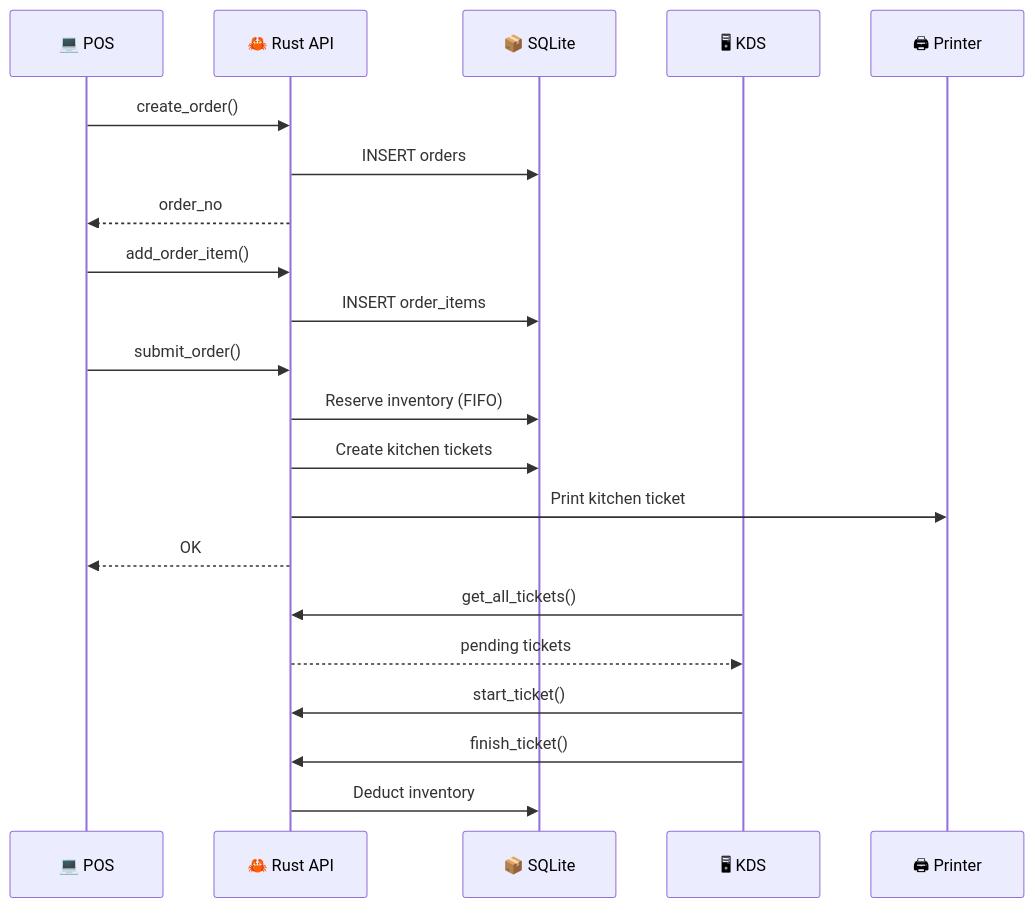
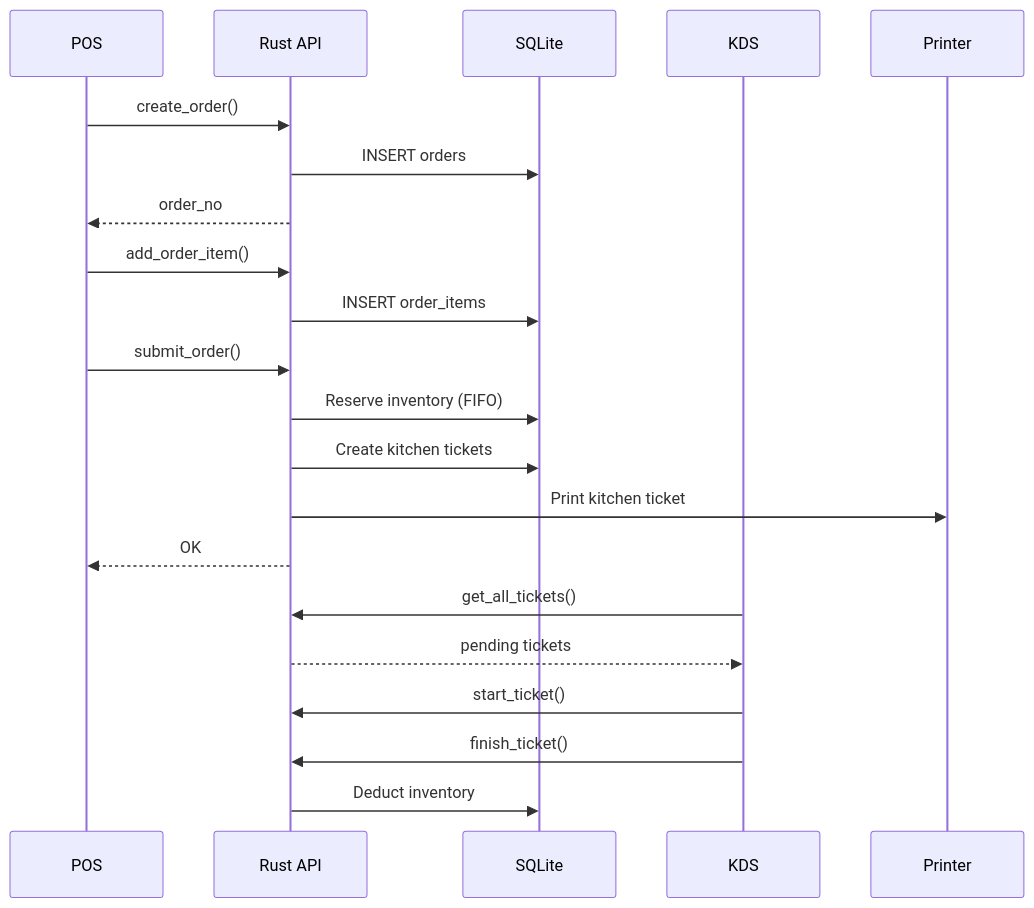
Before and after one commit to 0xRyanlee/Cuckoo: the third of 5 diagrams in README.md, drawn with Mermaid. The commit also changed other lines of this file, not shown here.

Commit message:
docs: clean readme emoji and fix mermaid syntax; ci: clarify release workflow

````diff
--- a/README.md
+++ b/README.md
@@ -123,27 +123,27 @@
 ```mermaid
 sequenceDiagram
-    participant POS as 💻 POS
-    participant API as 🦀 Rust API
-    participant DB as 📦 SQLite
-    participant KDS as 🖥 KDS
-    participant Printer as 🖨 Printer
+    participant POS as POS
+    participant API as Rust API
+    participant DB as SQLite
+    participant KDS as KDS
+    participant Printer as Printer
 
     POS->>API: create_order()
     API->>DB: INSERT orders
     API-->>POS: order_no
     
     POS->>API: add_order_item()
     API->>DB: INSERT order_items
     
     POS->>API: submit_order()
     API->>DB: Reserve inventory (FIFO)
     API->>DB: Create kitchen tickets
     API->>Printer: Print kitchen ticket
     API-->>POS: OK
     
     KDS->>API: get_all_tickets()
     API-->>KDS: pending tickets
     KDS->>API: start_ticket()
     KDS->>API: finish_ticket()
     API->>DB: Deduct inventory
 ```
````
